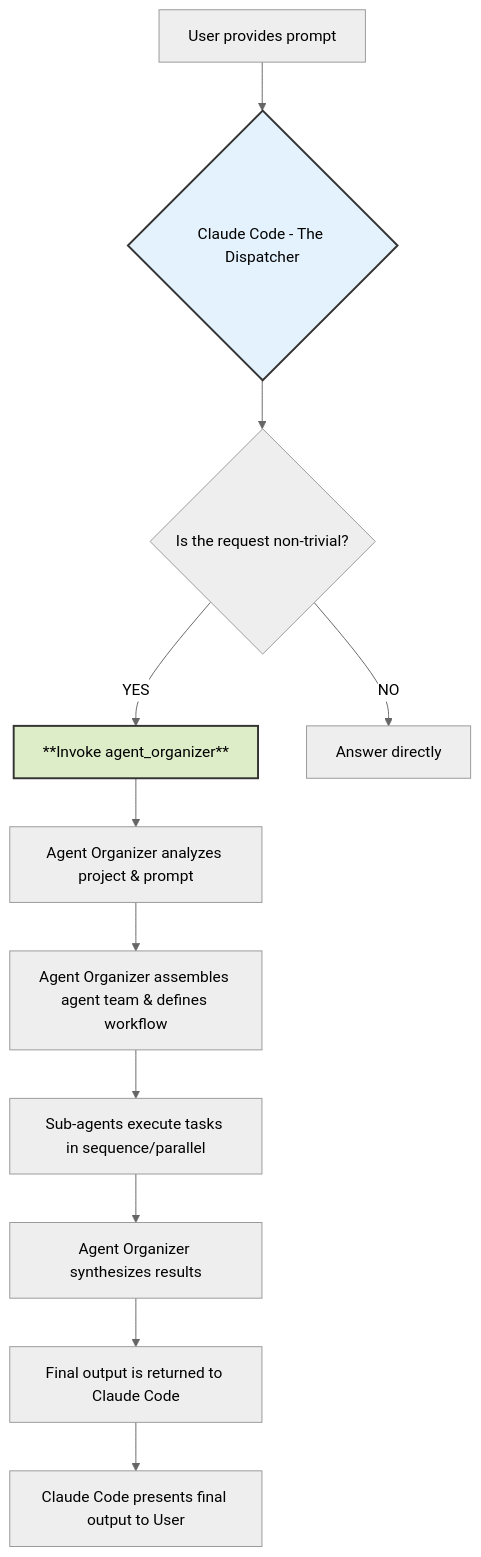
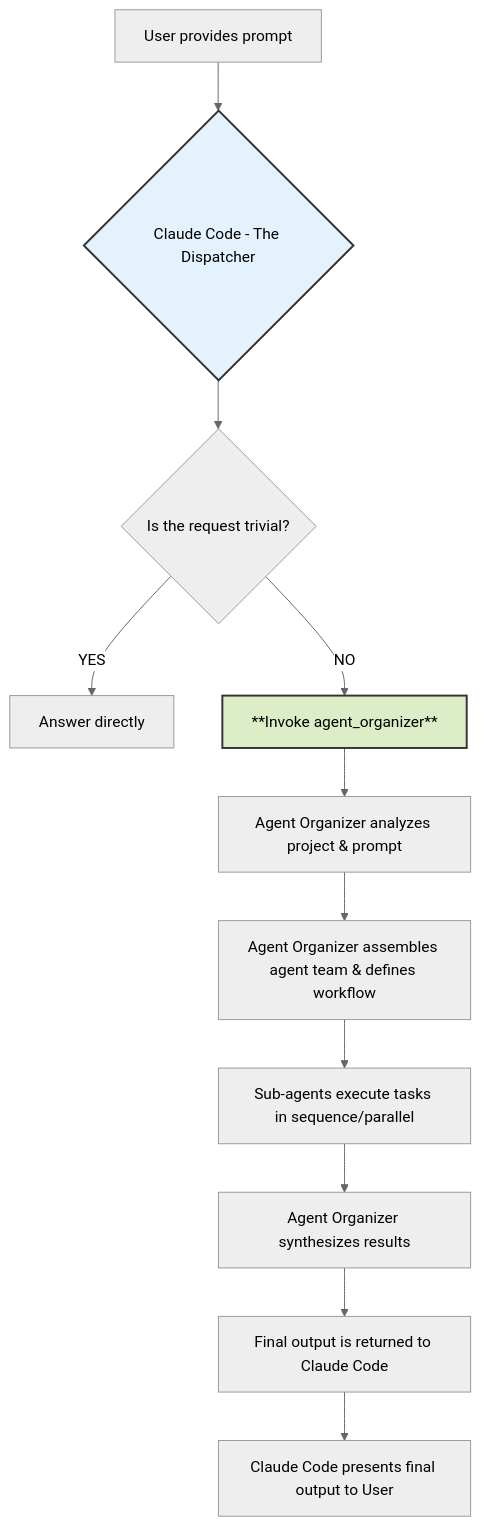
Before and after one commit to miadisabelle/mia-claude-code-sub-agents: the first of 2 diagrams in CLAUDE.md, drawn with Mermaid (neutral theme). The commit also changed other lines of this file, not shown here.

Commit message:
Update CLAUDE.md
Tidy up mermaid diagrams

````diff
--- a/CLAUDE.md
+++ b/CLAUDE.md
@@ -66,16 +66,16 @@
 ```mermaid
 graph TD
     A[User provides prompt] --> B{Claude Code - The Dispatcher};
-    B --> C{Is the request non-trivial?};
-    C -- YES --> D[**Invoke agent_organizer**];
-    C -- NO --> E[Answer directly];
+    B --> C{Is the request trivial?};
+    C -- YES --> E[Answer directly];
+    C -- NO --> D[**Invoke agent_organizer**];
     D --> F[Agent Organizer analyzes project & prompt];
     F --> G[Agent Organizer assembles agent team & defines workflow];
     G --> H[Sub-agents execute tasks in sequence/parallel];
     H --> I[Agent Organizer synthesizes results];
     I --> J[Final output is returned to Claude Code];
     J --> K[Claude Code presents final output to User];
 
     style B fill:#e3f2fd,stroke:#333,stroke-width:2px
     style D fill:#dcedc8,stroke:#333,stroke-width:2px
 ```
````
